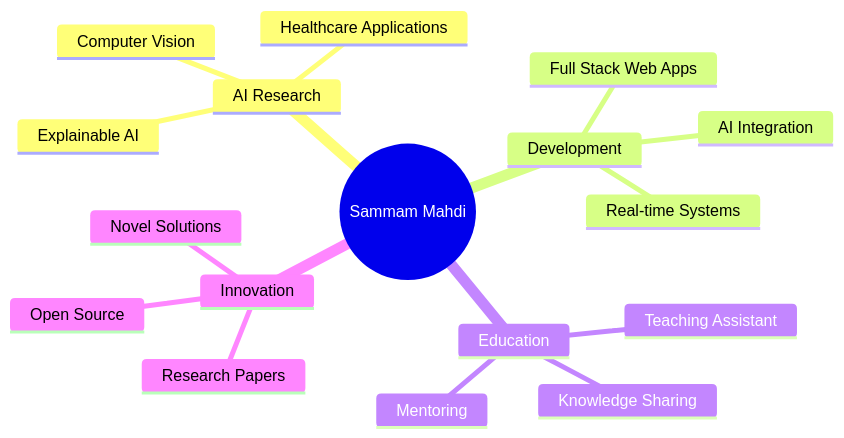
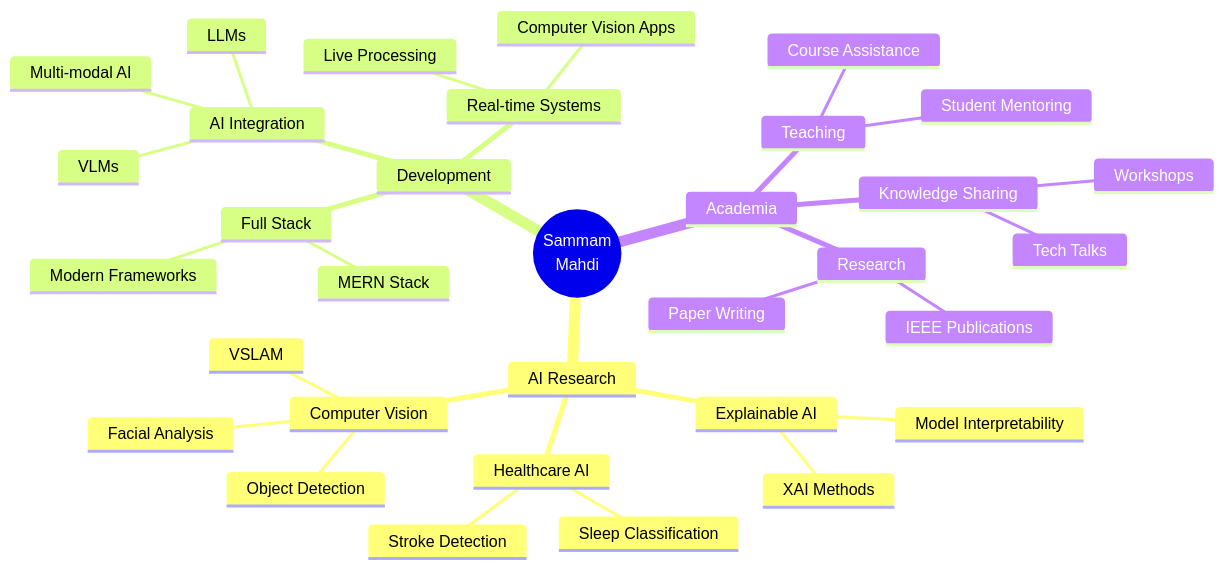
The second of 2 diagrams in README.md (SammamMahdi/SammamMahdi), drawn with Mermaid before and after one commit. The commit also changed other lines of this file, not shown here.

````diff
--- a/README.md
+++ b/README.md
@@ -201,20 +422,36 @@
 ```mermaid
 mindmap
-  root((Sammam Mahdi))
+  root((Sammam<br/>Mahdi))
     AI Research
       Explainable AI
-      Healthcare Applications
+        XAI Methods
+        Model Interpretability
+      Healthcare AI
+        Stroke Detection
+        Sleep Classification
       Computer Vision
+        Object Detection
+        Facial Analysis
+        VSLAM
     Development
-      Full Stack Web Apps
+      Full Stack
+        MERN Stack
+        Modern Frameworks
       AI Integration
+        LLMs
+        VLMs
+        Multi-modal AI
       Real-time Systems
-    Education
-      Teaching Assistant
+        Computer Vision Apps
+        Live Processing
+    Academia
+      Teaching
+        Course Assistance
+        Student Mentoring
+      Research
+        IEEE Publications
+        Paper Writing
       Knowledge Sharing
-      Mentoring
-    Innovation
-      Research Papers
-      Open Source
-      Novel Solutions
+        Tech Talks
+        Workshops
 ```
````
